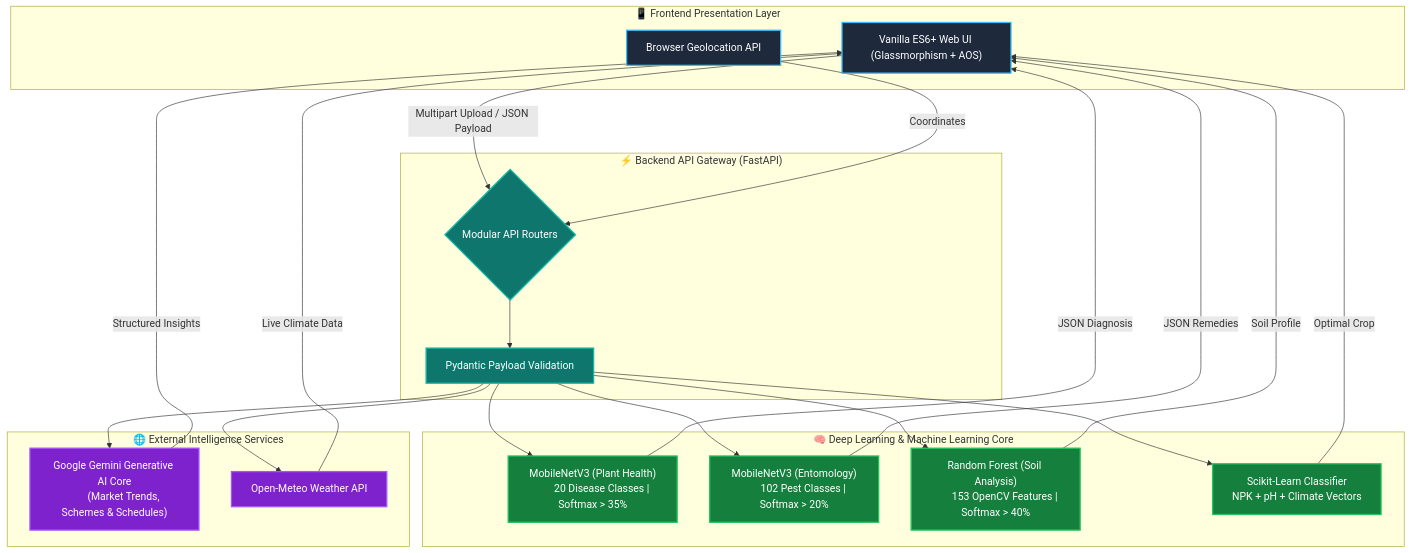
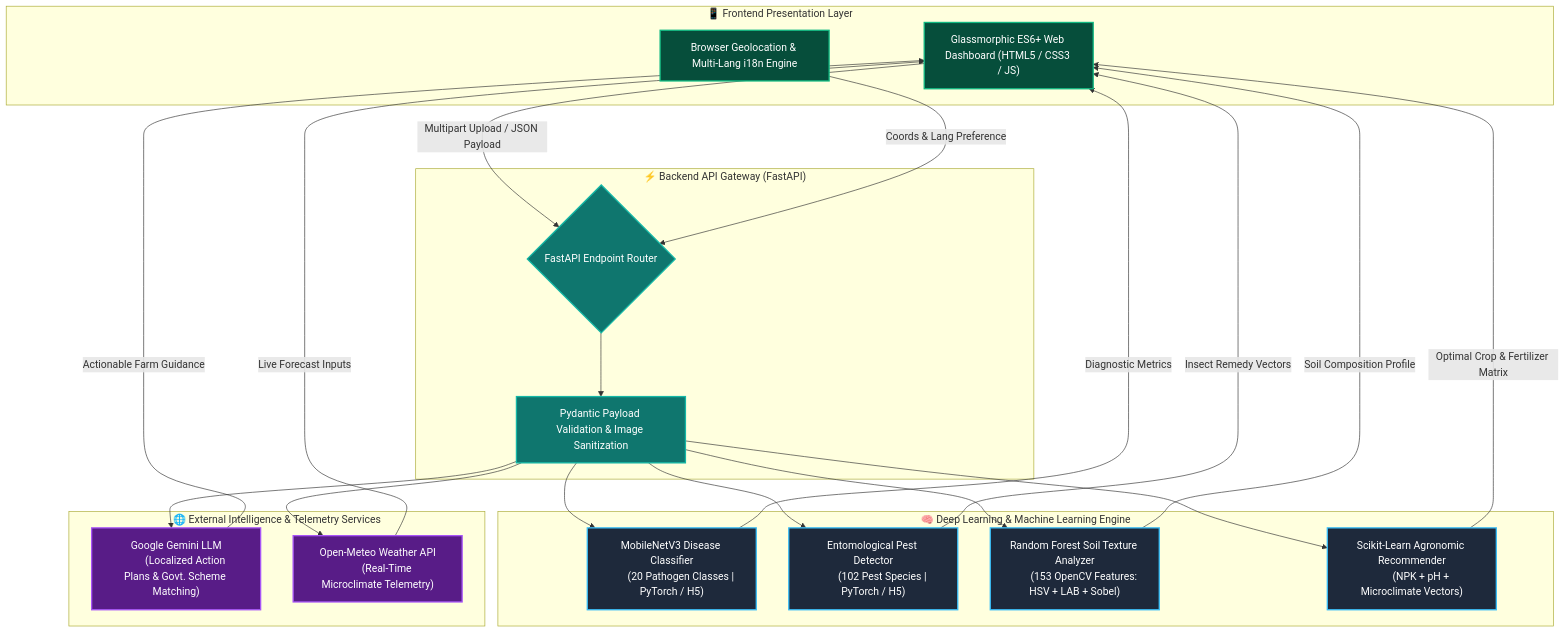
The diagram in README.md (jeswanth90630/Krishi-ai), drawn with Mermaid before and after one commit. The commit also changed other lines of this file, not shown here.

````diff
--- a/README.md
+++ b/README.md
@@ -54,52 +67,53 @@
 ```mermaid
 flowchart TD
     %% Custom Styling
-    classDef client fill:#1E293B,stroke:#38BDF8,stroke-width:2px,color:#FFF;
+    classDef client fill:#064E3B,stroke:#10B981,stroke-width:2px,color:#FFF;
     classDef gateway fill:#0F766E,stroke:#14B8A6,stroke-width:2px,color:#FFF;
-    classDef model fill:#15803D,stroke:#22C55E,stroke-width:2px,color:#FFF;
-    classDef external fill:#7E22CE,stroke:#A855F7,stroke-width:2px,color:#FFF;
+    classDef model fill:#1E293B,stroke:#38BDF8,stroke-width:2px,color:#FFF;
+    classDef external fill:#581C87,stroke:#A855F7,stroke-width:2px,color:#FFF;
 
     subgraph ClientLayer ["📱 Frontend Presentation Layer"]
-        UI["Vanilla ES6+ Web UI (Glassmorphism + AOS)"]:::client
-        Geo["Browser Geolocation API"]:::client
+        UI["Glassmorphic ES6+ Web Dashboard (HTML5 / CSS3 / JS)"]:::client
+        Geo["Browser Geolocation & Multi-Lang i18n Engine"]:::client
     end
 
     subgraph GatewayLayer ["⚡ Backend API Gateway (FastAPI)"]
-        Router{"Modular API Routers"}:::gateway
-        Sanitizer["Pydantic Payload Validation"]:::gateway
+        Router{"FastAPI Endpoint Router"}:::gateway
+        Validator["Pydantic Payload Validation & Image Sanitization"]:::gateway
     end
 
-    subgraph InferenceLayer ["🧠 Deep Learning & Machine Learning Core"]
-        DiseaseNet["MobileNetV3 (Plant Health)
-        20 Disease Classes | Softmax > 35%"]:::model
-        PestNet["MobileNetV3 (Entomology)
-        102 Pest Classes | Softmax > 20%"]:::model
-        SoilForest["Random Forest (Soil Analysis)
-        153 OpenCV Features | Softmax > 40%"]:::model
-        CropSKL["Scikit-Learn Classifier
-        NPK + pH + Climate Vectors"]:::model
+    subgraph InferenceLayer ["🧠 Deep Learning & Machine Learning Engine"]
+        DiseaseNet["MobileNetV3 Disease Classifier
+        (20 Pathogen Classes | PyTorch / H5)"]:::model
+        PestNet["Entomological Pest Detector
+        (102 Pest Species | PyTorch / H5)"]:::model
+        SoilNet["Random Forest Soil Texture Analyzer
+        (153 OpenCV Features: HSV + LAB + Sobel)"]:::model
+        CropML["Scikit-Learn Agronomic Recommender
+        (NPK + pH + Microclimate Vectors)"]:::model
     end
 
-    subgraph ExternalLayer ["🌐 External Intelligence Services"]
-        Gemini["Google Gemini Generative AI Core
-        (Market Trends, Schemes & Schedules)"]:::external
-        OpenMeteo["Open-Meteo Weather API"]:::external
+    subgraph ExternalLayer ["🌐 External Intelligence & Telemetry Services"]
+        Gemini["Google Gemini LLM
+        (Localized Action Plans & Govt. Scheme Matching)"]:::external
+        OpenMeteo["Open-Meteo Weather API
+        (Real-Time Microclimate Telemetry)"]:::external
     end
 
     UI -->|Multipart Upload / JSON Payload| Router
-    Geo -->|Coordinates| Router
-    Router --> Sanitizer
-    Sanitizer --> DiseaseNet
-    Sanitizer --> PestNet
-    Sanitizer --> SoilForest
-    Sanitizer --> CropSKL
-    Sanitizer --> Gemini
-    Sanitizer --> OpenMeteo
+    Geo -->|Coords & Lang Preference| Router
+    Router --> Validator
+    Validator --> DiseaseNet
+    Validator --> PestNet
+    Validator --> SoilNet
+    Validator --> CropML
+    Validator --> Gemini
+    Validator --> OpenMeteo
 
-    DiseaseNet -->|JSON Diagnosis| UI
-    PestNet -->|JSON Remedies| UI
-    SoilForest -->|Soil Profile| UI
-    CropSKL -->|Optimal Crop| UI
-    Gemini -->|Structured Insights| UI
-    OpenMeteo -->|Live Climate Data| UI
+    DiseaseNet -->|Diagnostic Metrics| UI
+    PestNet -->|Insect Remedy Vectors| UI
+    SoilNet -->|Soil Composition Profile| UI
+    CropML -->|Optimal Crop & Fertilizer Matrix| UI
+    Gemini -->|Actionable Farm Guidance| UI
+    OpenMeteo -->|Live Forecast Inputs| UI
 ```
````
